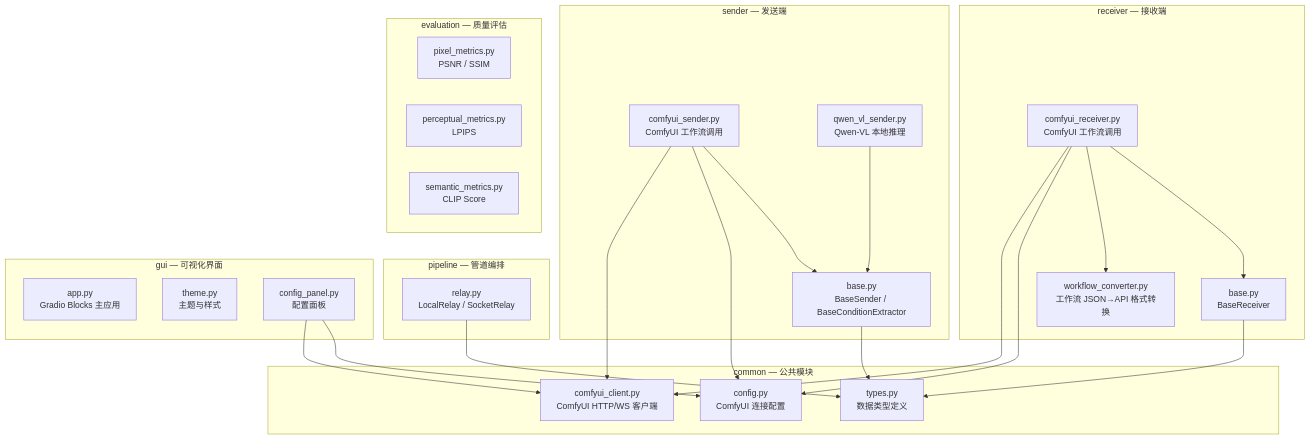
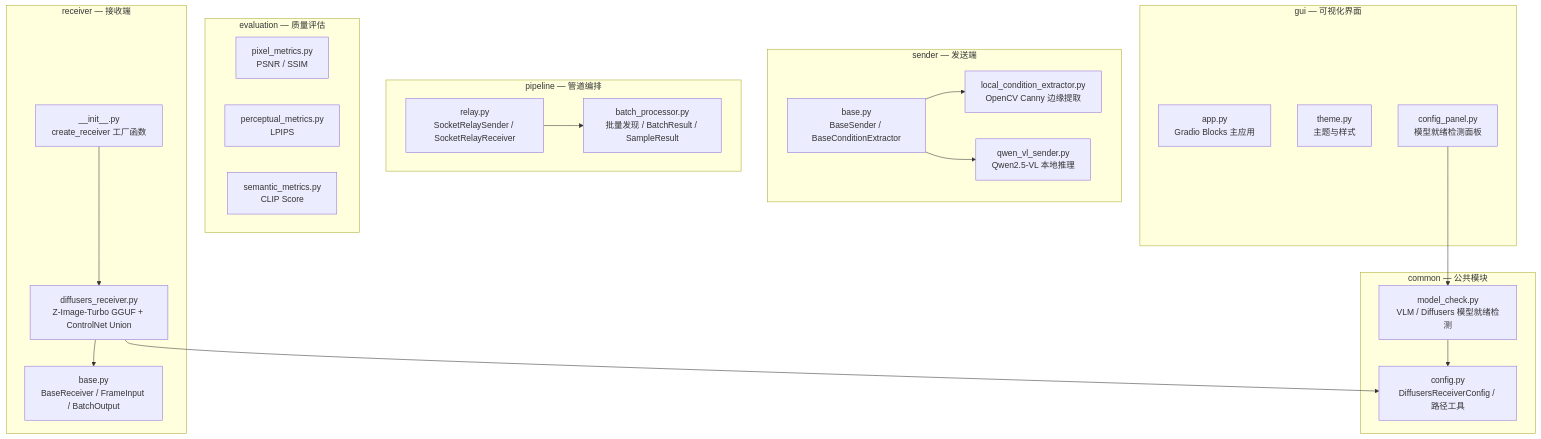
One commit to chy5301/semantic-transmission changed the first of 3 diagrams in docs/architecture.md. Above: the diagram before and after it, drawn with Mermaid. The commit also changed other lines of this file and 69 other files, not shown here.

````diff
--- a/docs/architecture.md
+++ b/docs/architecture.md
@@ -5,51 +5,46 @@
 ```mermaid
 graph TB
     subgraph common["common — 公共模块"]
-        config["config.py<br/>ComfyUI 连接配置"]
-        types["types.py<br/>数据类型定义"]
-        client["comfyui_client.py<br/>ComfyUI HTTP/WS 客户端"]
+        config["config.py<br/>DiffusersReceiverConfig / 路径工具"]
+        model_check["model_check.py<br/>VLM / Diffusers 模型就绪检测"]
     end
 
     subgraph sender["sender — 发送端"]
         base_s["base.py<br/>BaseSender / BaseConditionExtractor"]
-        comfyui_s["comfyui_sender.py<br/>ComfyUI 工作流调用"]
-        qwen_vl["qwen_vl_sender.py<br/>Qwen-VL 本地推理"]
+        local_canny["local_condition_extractor.py<br/>OpenCV Canny 边缘提取"]
+        qwen_vl["qwen_vl_sender.py<br/>Qwen2.5-VL 本地推理"]
     end
 
     subgraph receiver["receiver — 接收端"]
-        base_r["base.py<br/>BaseReceiver"]
-        comfyui_r["comfyui_receiver.py<br/>ComfyUI 工作流调用"]
-        wf_conv["workflow_converter.py<br/>工作流 JSON→API 格式转换"]
+        base_r["base.py<br/>BaseReceiver / FrameInput / BatchOutput"]
+        diffusers_r["diffusers_receiver.py<br/>Z-Image-Turbo GGUF + ControlNet Union"]
+        factory["__init__.py<br/>create_receiver 工厂函数"]
     end
 
     subgraph pipeline["pipeline — 管道编排"]
-        relay["relay.py<br/>LocalRelay / SocketRelay"]
+        relay["relay.py<br/>SocketRelaySender / SocketRelayReceiver"]
+        batch["batch_processor.py<br/>批量发现 / BatchResult / SampleResult"]
     end
 
     subgraph evaluation["evaluation — 质量评估"]
         pixel["pixel_metrics.py<br/>PSNR / SSIM"]
         perceptual["perceptual_metrics.py<br/>LPIPS"]
         semantic["semantic_metrics.py<br/>CLIP Score"]
     end
 
     subgraph gui["gui — 可视化界面"]
         app["app.py<br/>Gradio Blocks 主应用"]
         theme["theme.py<br/>主题与样式"]
-        config_panel["config_panel.py<br/>配置面板"]
+        config_panel["config_panel.py<br/>模型就绪检测面板"]
     end
 
-    config_panel --> client
-    config_panel --> config
+    config_panel --> model_check
+    model_check --> config
 
-    base_s --> types
-    base_r --> types
-    comfyui_s --> client
-    comfyui_s --> config
-    comfyui_r --> client
-    comfyui_r --> config
-    comfyui_r --> wf_conv
-    qwen_vl --> base_s
-    comfyui_s --> base_s
-    comfyui_r --> base_r
-    relay --> types
+    base_s --> local_canny
+    base_s --> qwen_vl
+    diffusers_r --> base_r
+    diffusers_r --> config
+    factory --> diffusers_r
+    relay --> batch
 ```
````
